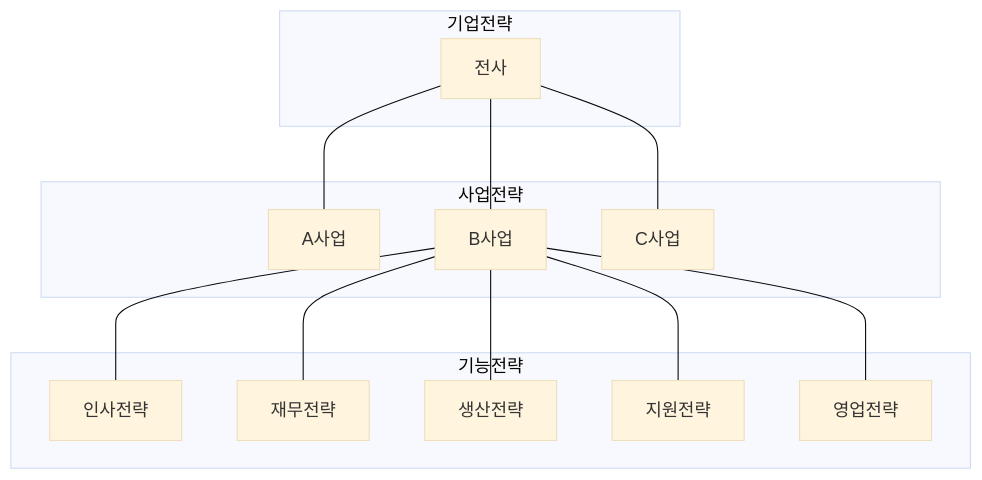
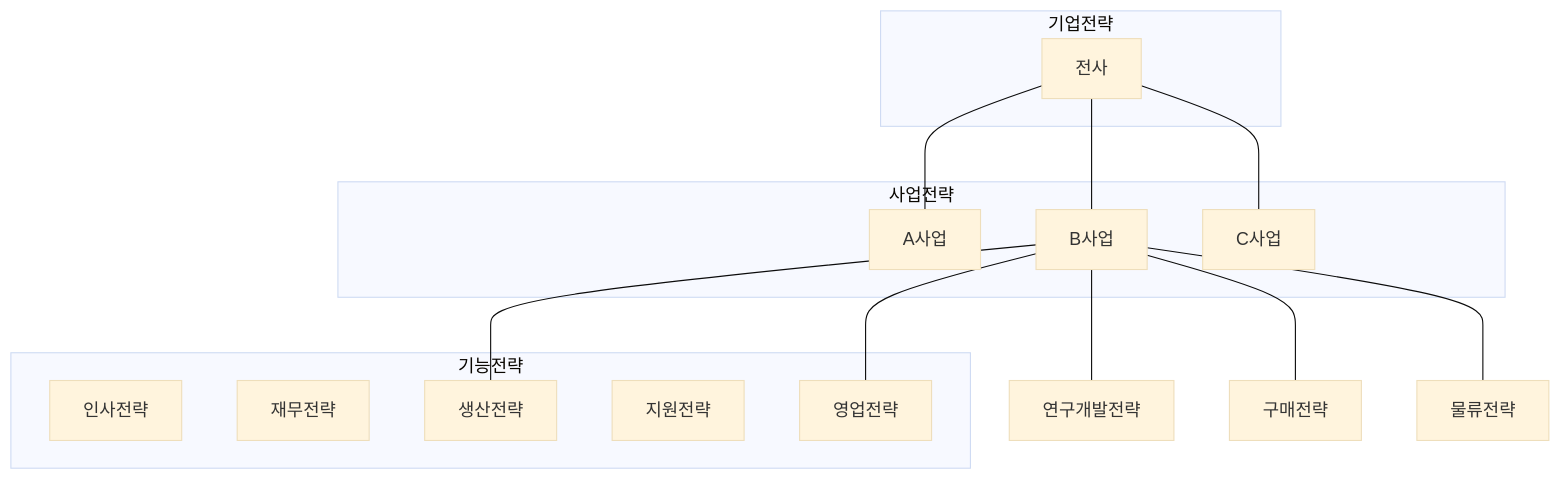
The diagram in 1-1. 경쟁우위 생산전략.qmd (yeonkyupark/PEPC), drawn with Mermaid (base theme) before and after one commit. The commit also changed other lines of this file, not shown here.

Commit message:
1-1. 경쟁우위 생산전략.qmd 업데이트

````diff
--- a/1-1. 경쟁우위 생산전략.qmd
+++ b/1-1. 경쟁우위 생산전략.qmd
@@ -7,20 +7,20 @@
 ```{mermaid}
 flowchart TD
   subgraph 기업전략
     전사
   end
   subgraph 사업전략
     A사업
     B사업
     C사업
   end
   subgraph 기능전략
     인사전략
     재무전략
     생산전략
     지원전략
     영업전략
   end
   전사 --- A사업 & B사업 & C사업
-  B사업 --- 인사전략 & 재무전략 & 생산전략 & 지원전략 & 영업전략 
+  B사업 --- 연구개발전략 & 구매전략 & 생산전략 & 물류전략 & 영업전략 
 ```
````
